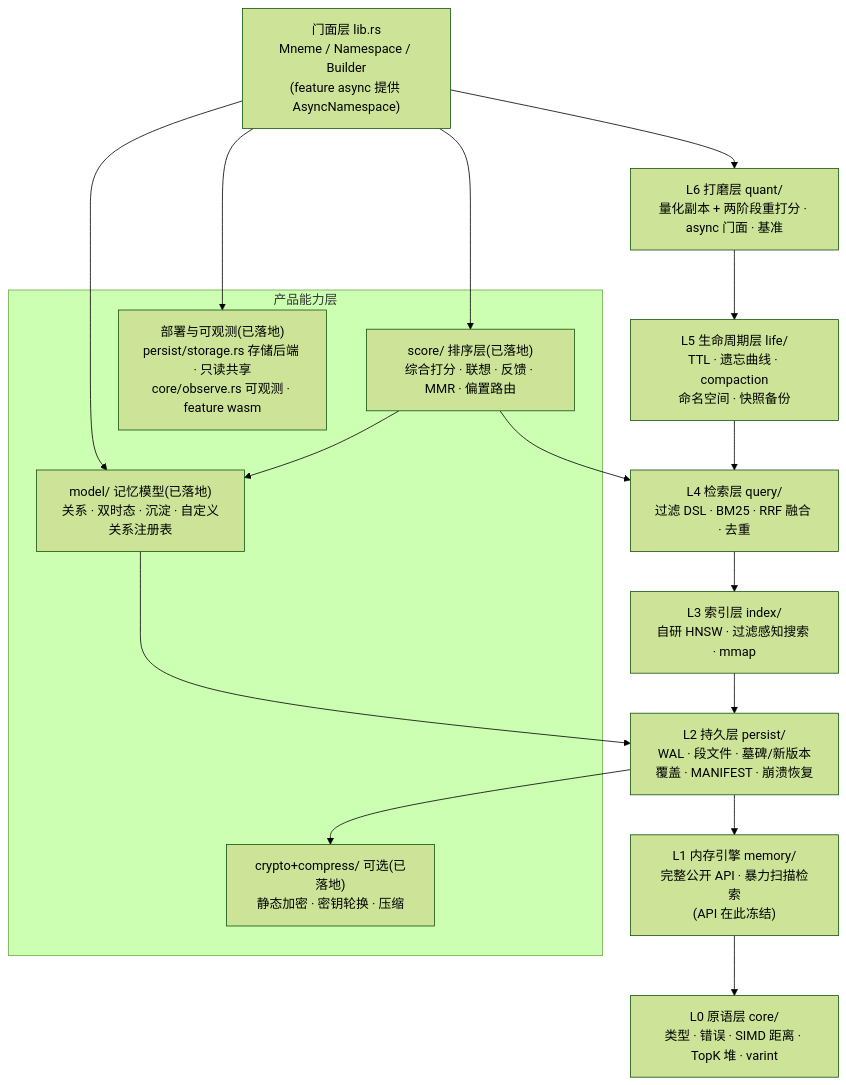
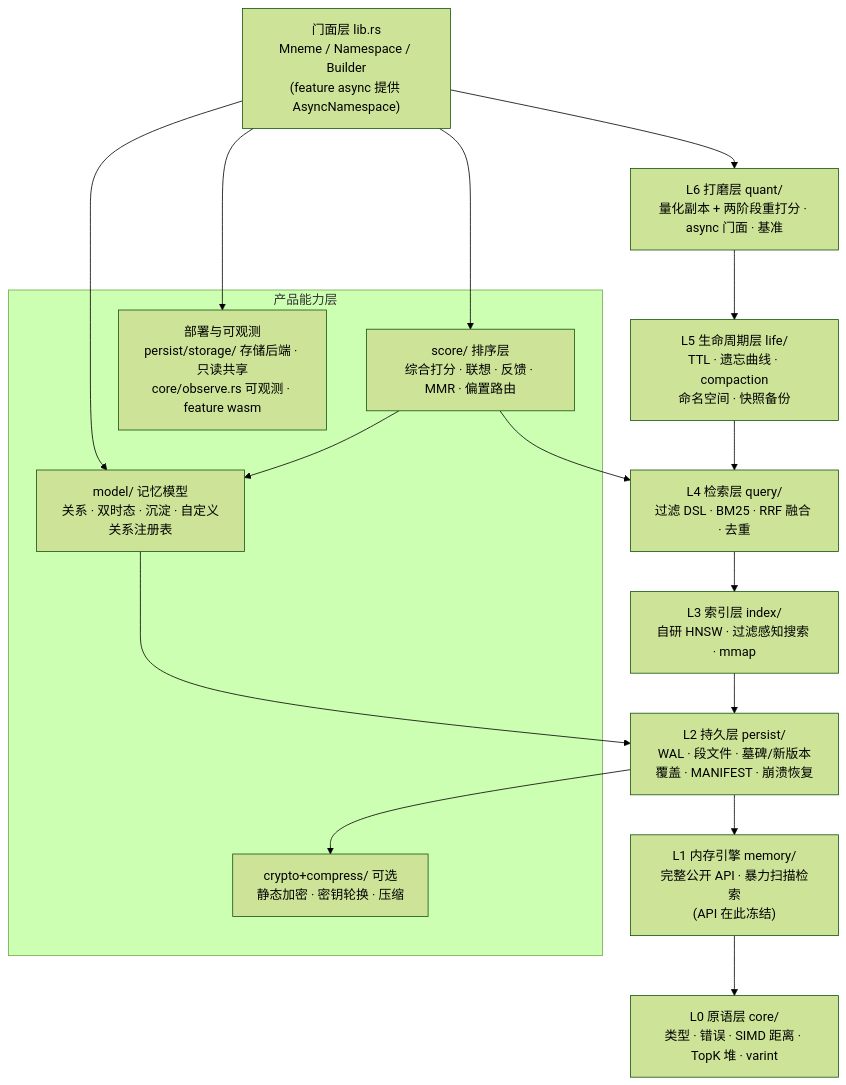
Before and after one commit to oxroot-crypto/mneme: the diagram in docs/DESIGN.md, drawn with Mermaid (forest theme). The commit also changed other lines of this file and 308 other files, not shown here.

````diff
--- a/docs/DESIGN.md
+++ b/docs/DESIGN.md
@@ -24,27 +24,27 @@
 ```mermaid
 flowchart TD
     F["门面层 lib.rs<br/>Mneme / Namespace / Builder<br/>(feature async 提供 AsyncNamespace)"]
     Q["L6 打磨层 quant/<br/>量化副本 + 两阶段重打分 · async 门面 · 基准"]
     L["L5 生命周期层 life/<br/>TTL · 遗忘曲线 · compaction<br/>命名空间 · 快照备份"]
     QL["L4 检索层 query/<br/>过滤 DSL · BM25 · RRF 融合 · 去重"]
     H["L3 索引层 index/<br/>自研 HNSW · 过滤感知搜索 · mmap"]
     P["L2 持久层 persist/<br/>WAL · 段文件 · 墓碑/新版本覆盖 · MANIFEST · 崩溃恢复"]
     M["L1 内存引擎 memory/<br/>完整公开 API · 暴力扫描检索<br/>(API 在此冻结)"]
     C["L0 原语层 core/<br/>类型 · 错误 · SIMD 距离 · TopK 堆 · varint"]
 
     subgraph 产品能力层
-        MD["model/ 记忆模型(已落地)<br/>关系 · 双时态 · 沉淀 · 自定义关系注册表"]
-        SC["score/ 排序层(已落地)<br/>综合打分 · 联想 · 反馈 · MMR · 偏置路由"]
-        SEC["crypto+compress/ 可选(已落地)<br/>静态加密 · 密钥轮换 · 压缩"]
-        DEP["部署与可观测(已落地)<br/>persist/storage.rs 存储后端 · 只读共享<br/>core/observe.rs 可观测 · feature wasm"]
+        MD["model/ 记忆模型<br/>关系 · 双时态 · 沉淀 · 自定义关系注册表"]
+        SC["score/ 排序层<br/>综合打分 · 联想 · 反馈 · MMR · 偏置路由"]
+        SEC["crypto+compress/ 可选<br/>静态加密 · 密钥轮换 · 压缩"]
+        DEP["部署与可观测<br/>persist/storage/ 存储后端 · 只读共享<br/>core/observe.rs 可观测 · feature wasm"]
     end
 
     F --> Q --> L --> QL --> H --> P --> M --> C
     F --> MD
     F --> SC
     MD --> P
     SC --> QL
     SC --> MD
     P --> SEC
     F --> DEP
 ```
````
